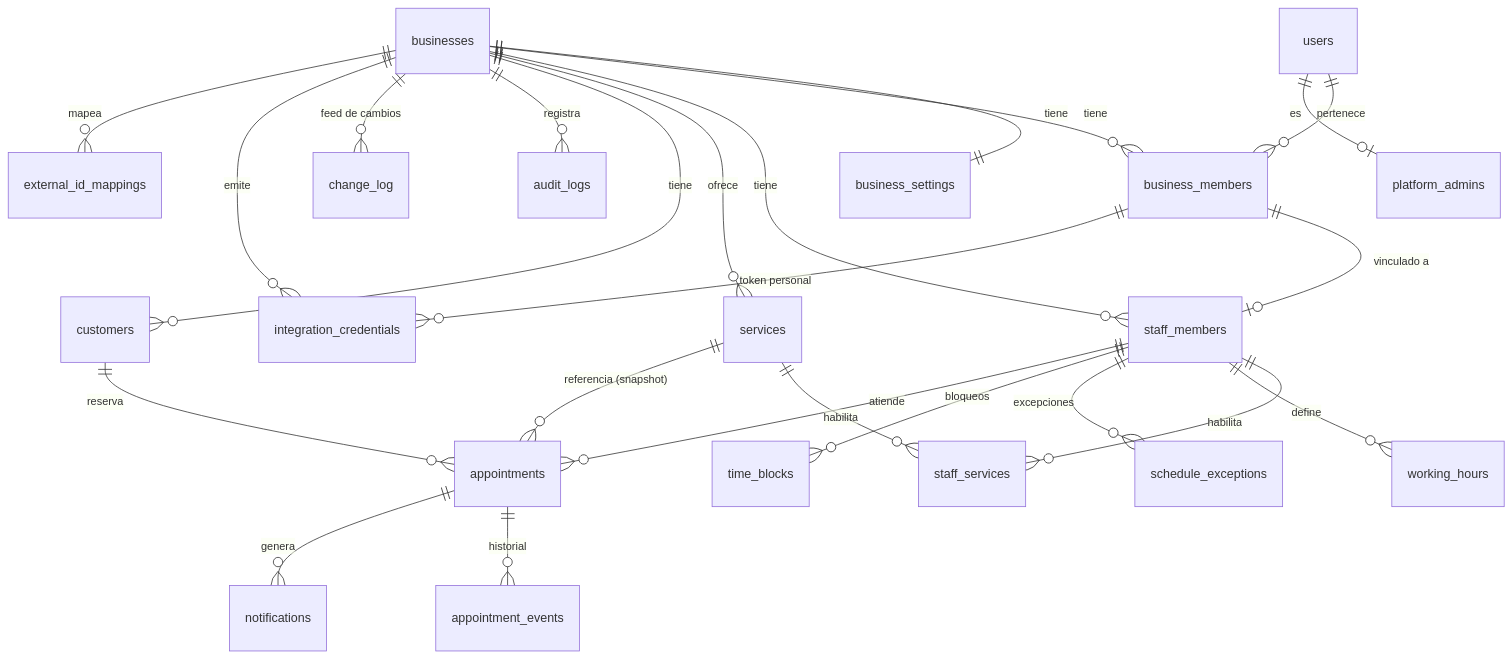
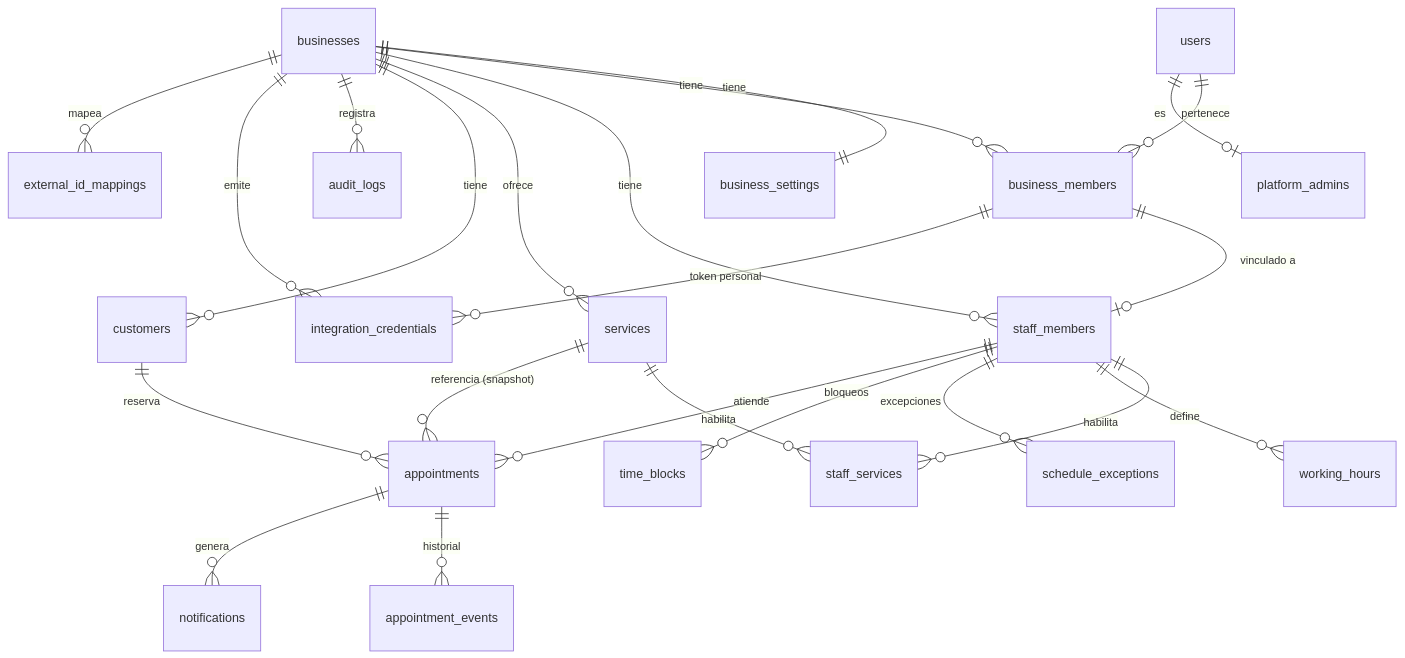
Before and after one commit to voviedomontana/TurnosMerivo: the diagram in docs/04_DATABASE_DESIGN.md, drawn with Mermaid. The commit also changed other lines of this file and 304 other files, not shown here.

````diff
--- a/docs/04_DATABASE_DESIGN.md
+++ b/docs/04_DATABASE_DESIGN.md
@@ -21,26 +24,25 @@
 ```mermaid
 erDiagram
   businesses ||--|| business_settings : tiene
   businesses ||--o{ business_members : tiene
   users ||--o{ business_members : pertenece
   businesses ||--o{ staff_members : tiene
   business_members ||--o| staff_members : "vinculado a"
   businesses ||--o{ services : ofrece
   staff_members ||--o{ staff_services : habilita
   services ||--o{ staff_services : habilita
   staff_members ||--o{ working_hours : define
   staff_members ||--o{ schedule_exceptions : excepciones
   staff_members ||--o{ time_blocks : bloqueos
   businesses ||--o{ customers : tiene
   customers ||--o{ appointments : reserva
   staff_members ||--o{ appointments : atiende
   services ||--o{ appointments : "referencia (snapshot)"
   appointments ||--o{ appointment_events : historial
   appointments ||--o{ notifications : genera
   businesses ||--o{ audit_logs : registra
-  businesses ||--o{ change_log : "feed de cambios"
   businesses ||--o{ integration_credentials : emite
   business_members ||--o{ integration_credentials : "token personal"
   businesses ||--o{ external_id_mappings : mapea
   users ||--o| platform_admins : "es"
 ```
````
